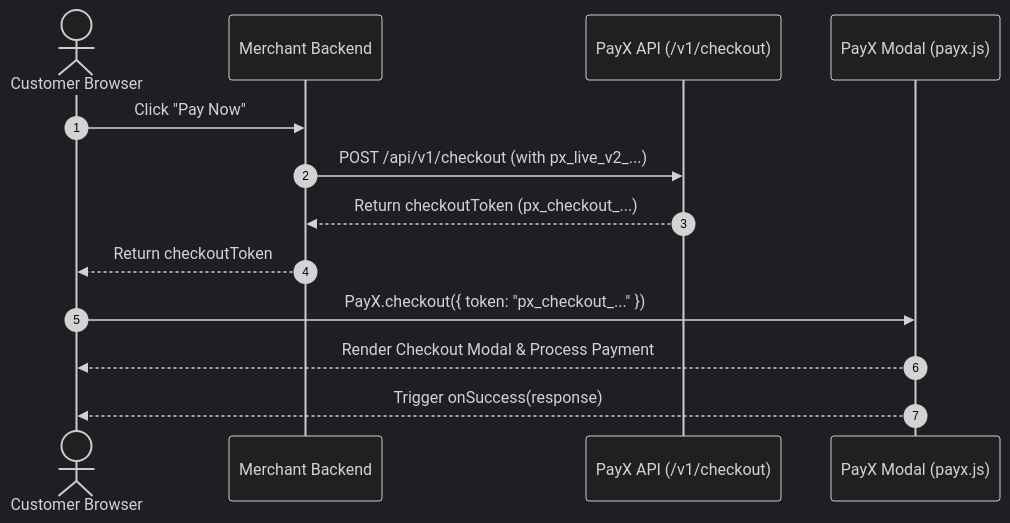
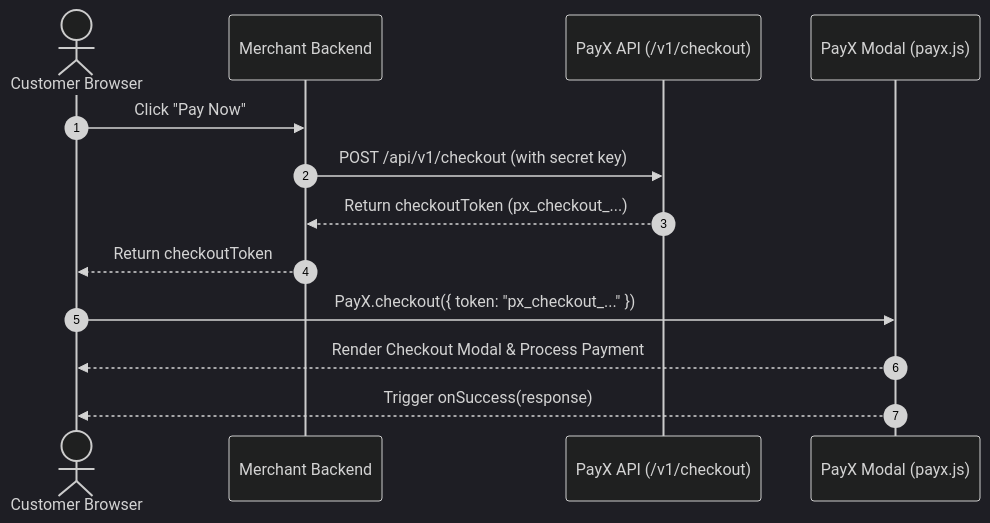
The diagram in payx-js.mdx (roger9696/docs), drawn with Mermaid (dark theme) before and after one commit. The commit also changed 8 other files, not shown here.

````diff
--- a/payx-js.mdx
+++ b/payx-js.mdx
@@ -15,16 +15,16 @@
 ```mermaid
 sequenceDiagram
     autonumber
     actor Customer as Customer Browser
     participant MerchantServer as Merchant Backend
     participant PayXAPI as PayX API (/v1/checkout)
     participant PayXSDK as PayX Modal (payx.js)
 
     Customer->>MerchantServer: Click "Pay Now"
-    MerchantServer->>PayXAPI: POST /api/v1/checkout (with px_live_v2_...)
+    MerchantServer->>PayXAPI: POST /api/v1/checkout (with secret key)
     PayXAPI-->>MerchantServer: Return checkoutToken (px_checkout_...)
     MerchantServer-->>Customer: Return checkoutToken
     Customer->>PayXSDK: PayX.checkout({ token: "px_checkout_..." })
     PayXSDK-->>Customer: Render Checkout Modal & Process Payment
     PayXSDK-->>Customer: Trigger onSuccess(response)
 ```
````
